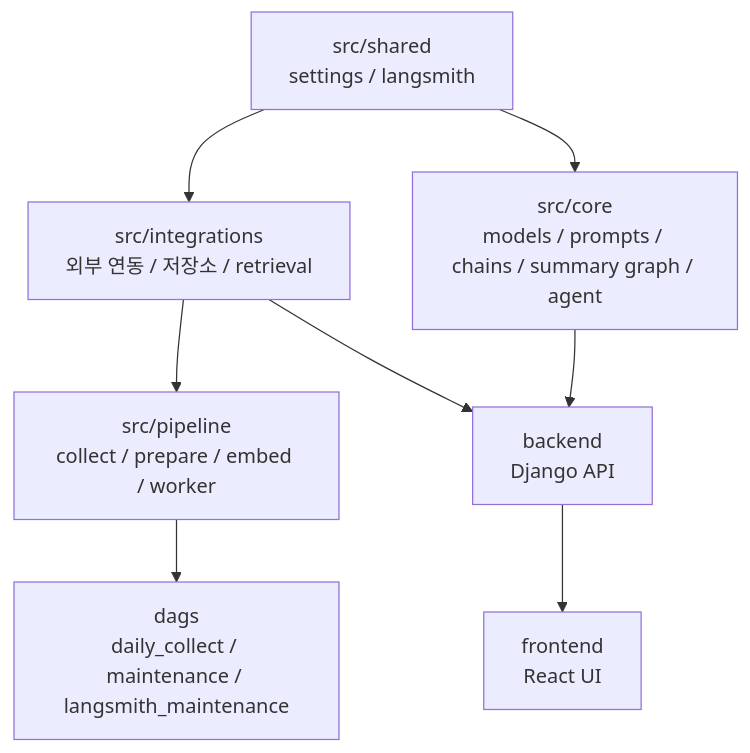
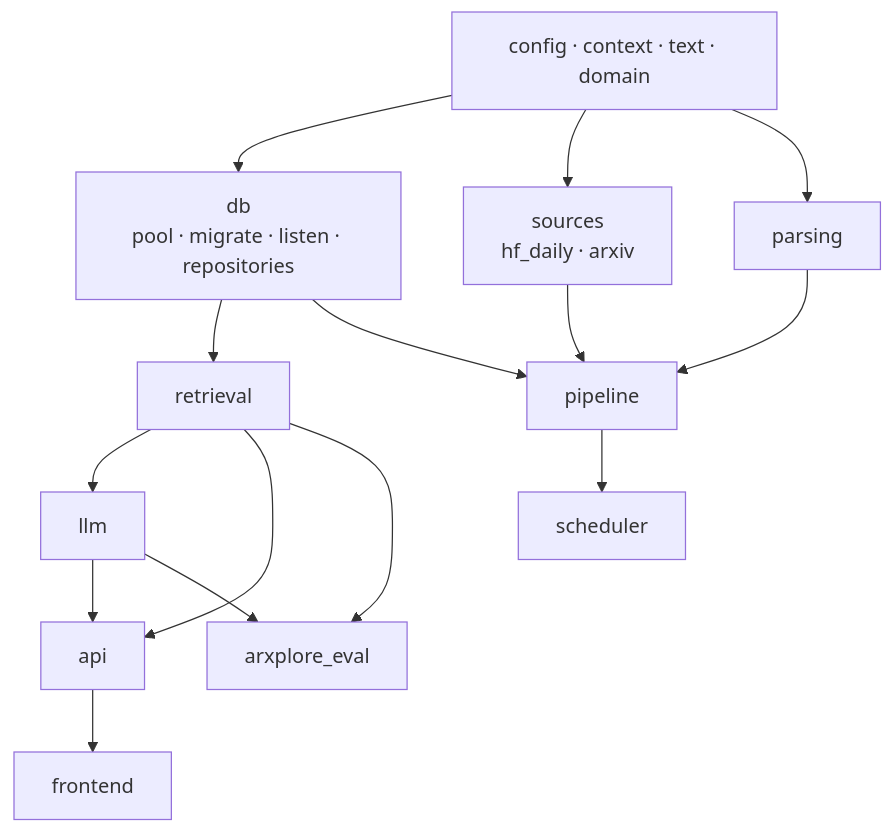
The second of 2 diagrams in docs/architecture/ARCHITECTURE.md (cwj0666/ArXplore), drawn with Mermaid before and after one commit. The commit also changed other lines of this file, not shown here.

First line of the commit message:
docs: rewrite ARCHITECTURE for the new runtime

````diff
--- a/docs/architecture/ARCHITECTURE.md
+++ b/docs/architecture/ARCHITECTURE.md
@@ -78,10 +79,17 @@
 ```mermaid
 flowchart TD
-    Shared[src/shared<br/>settings / langsmith] --> Integrations[src/integrations<br/>외부 연동 / 저장소 / retrieval]
-    Shared --> Core[src/core<br/>models / prompts / chains / summary graph / agent]
-    Integrations --> Pipeline[src/pipeline<br/>collect / prepare / embed / worker]
-    Pipeline --> Dags[dags<br/>daily_collect / maintenance / langsmith_maintenance]
-    Core --> Backend[backend<br/>Django API]
-    Integrations --> Backend
-    Backend --> Frontend[frontend<br/>React UI]
+    Config[config · context · text · domain] --> DB[db<br/>pool · migrate · listen · repositories]
+    Config --> Sources[sources<br/>hf_daily · arxiv]
+    Config --> Parsing[parsing]
+    DB --> Retrieval[retrieval]
+    DB --> Pipeline[pipeline]
+    Sources --> Pipeline
+    Parsing --> Pipeline
+    Retrieval --> LLM[llm]
+    Pipeline --> Scheduler[scheduler]
+    LLM --> API[api]
+    Retrieval --> API
+    API --> Frontend[frontend]
+    Retrieval --> Eval[arxplore_eval]
+    LLM --> Eval
 ```
````
